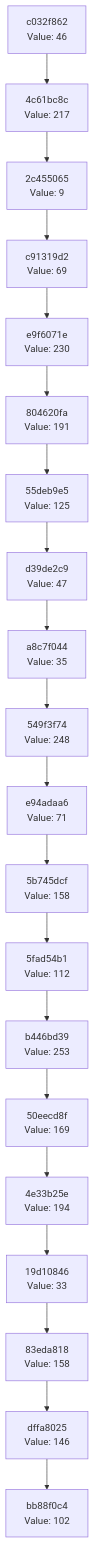
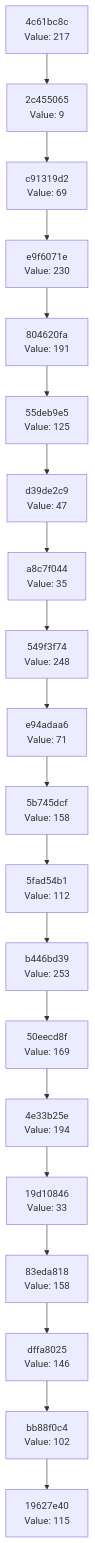
One commit to Abhisheksinha1506/hash-chain-evolver changed the diagram in docs/CHAIN_VISUALIZATION.md. Above: the diagram before and after it, drawn with Mermaid. The commit also changed 2 other files, not shown here.

Commit message:
Evolution Step

````diff
--- a/docs/CHAIN_VISUALIZATION.md
+++ b/docs/CHAIN_VISUALIZATION.md
@@ -3,42 +3,42 @@
 ```mermaid
 graph TD
-    C0["bb88f0c4<br/>Value: 102"]
-    C1["dffa8025<br/>Value: 146"]
+    C0["19627e40<br/>Value: 115"]
+    C1["bb88f0c4<br/>Value: 102"]
     C1 --> C0
-    C2["83eda818<br/>Value: 158"]
+    C2["dffa8025<br/>Value: 146"]
     C2 --> C1
-    C3["19d10846<br/>Value: 33"]
+    C3["83eda818<br/>Value: 158"]
     C3 --> C2
-    C4["4e33b25e<br/>Value: 194"]
+    C4["19d10846<br/>Value: 33"]
     C4 --> C3
-    C5["50eecd8f<br/>Value: 169"]
+    C5["4e33b25e<br/>Value: 194"]
     C5 --> C4
-    C6["b446bd39<br/>Value: 253"]
+    C6["50eecd8f<br/>Value: 169"]
     C6 --> C5
-    C7["5fad54b1<br/>Value: 112"]
+    C7["b446bd39<br/>Value: 253"]
     C7 --> C6
-    C8["5b745dcf<br/>Value: 158"]
+    C8["5fad54b1<br/>Value: 112"]
     C8 --> C7
-    C9["e94adaa6<br/>Value: 71"]
+    C9["5b745dcf<br/>Value: 158"]
     C9 --> C8
-    C10["549f3f74<br/>Value: 248"]
+    C10["e94adaa6<br/>Value: 71"]
     C10 --> C9
-    C11["a8c7f044<br/>Value: 35"]
+    C11["549f3f74<br/>Value: 248"]
     C11 --> C10
-    C12["d39de2c9<br/>Value: 47"]
+    C12["a8c7f044<br/>Value: 35"]
     C12 --> C11
-    C13["55deb9e5<br/>Value: 125"]
+    C13["d39de2c9<br/>Value: 47"]
     C13 --> C12
-    C14["804620fa<br/>Value: 191"]
+    C14["55deb9e5<br/>Value: 125"]
     C14 --> C13
-    C15["e9f6071e<br/>Value: 230"]
+    C15["804620fa<br/>Value: 191"]
     C15 --> C14
-    C16["c91319d2<br/>Value: 69"]
+    C16["e9f6071e<br/>Value: 230"]
     C16 --> C15
-    C17["2c455065<br/>Value: 9"]
+    C17["c91319d2<br/>Value: 69"]
     C17 --> C16
-    C18["4c61bc8c<br/>Value: 217"]
+    C18["2c455065<br/>Value: 9"]
     C18 --> C17
-    C19["c032f862<br/>Value: 46"]
+    C19["4c61bc8c<br/>Value: 217"]
     C19 --> C18
 ```
````
